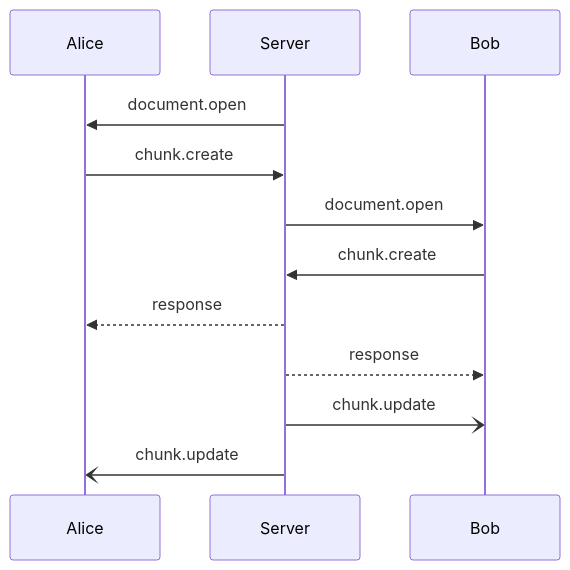
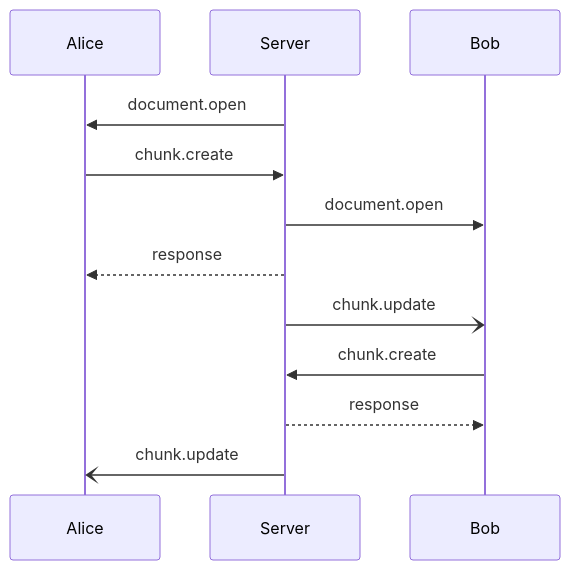
One commit to vi117/scrap-yard changed the second of 2 diagrams in model/src/Synchronize.md. Above: the diagram before and after it, drawn with Mermaid. The commit also changed other lines of this file and 4 other files, not shown here.

````diff
--- a/model/src/Synchronize.md
+++ b/model/src/Synchronize.md
@@ -34,14 +34,14 @@
 ```mermaid
 sequenceDiagram
     participant A as Alice
     participant S as Server
     participant B as Bob
     S ->> A: document.open
     A ->> S: chunk.create
     S ->> B: document.open
+    S -->> A: response
+    S -) B: chunk.update
     B ->> S: chunk.create
-    S -->> A: response
     S -->> B: response
-    S -) B: chunk.update
     S -) A: chunk.update
 ```
````
